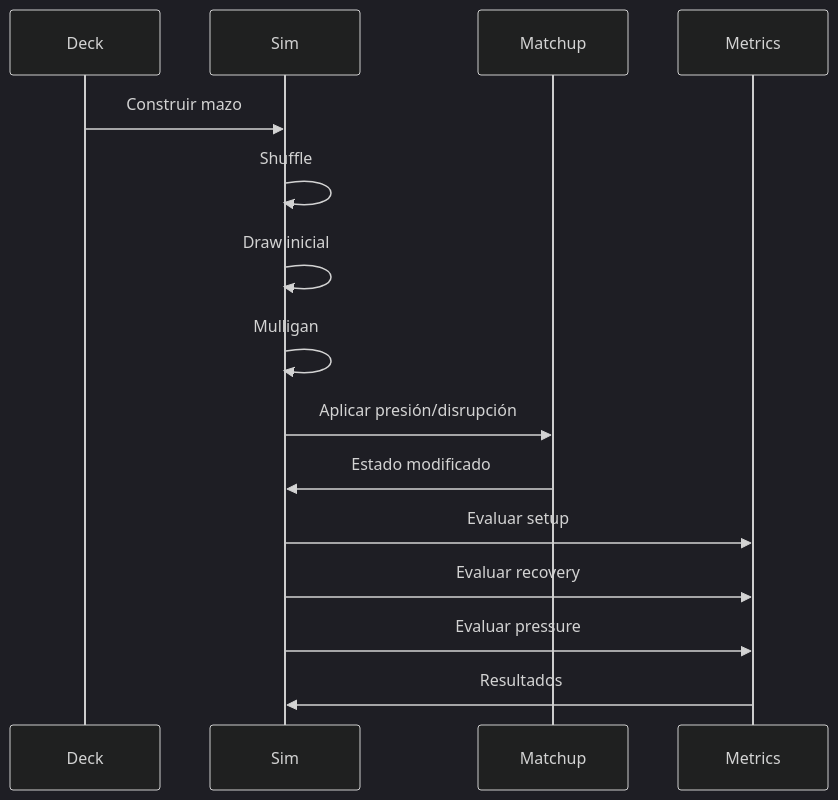
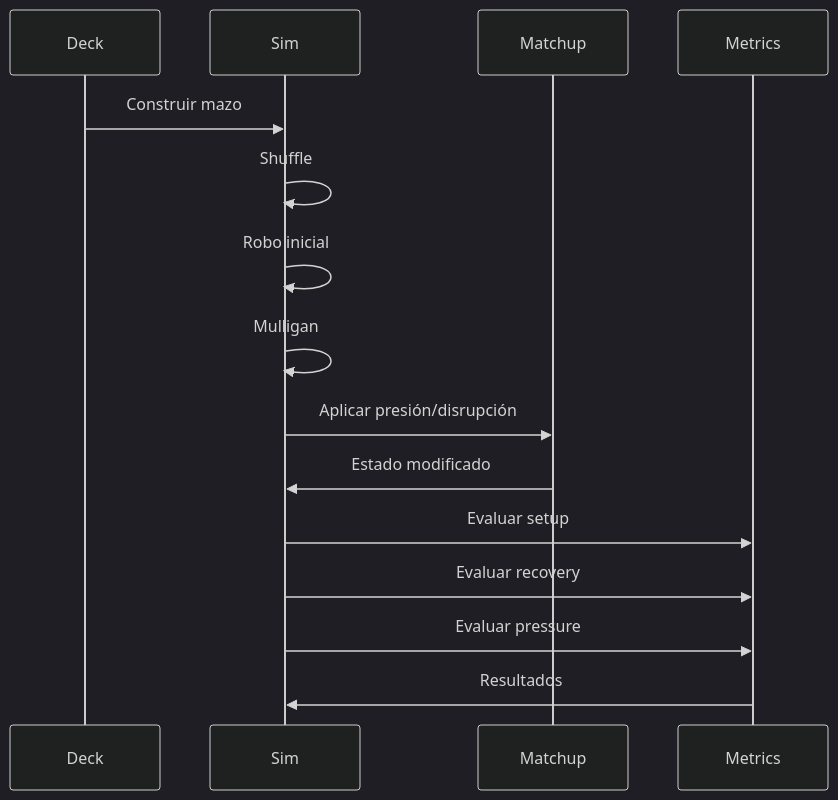
Before and after one commit to sdg1309/SimulacionPTCG: the second of 4 diagrams in README.md, drawn with Mermaid (dark theme). The commit also changed other lines of this file, not shown here.

````diff
--- a/README.md
+++ b/README.md
@@ -86,22 +86,22 @@
 ```mermaid
 sequenceDiagram
 
     participant Deck
     participant Sim
     participant Matchup
     participant Metrics
 
     Deck->>Sim: Construir mazo
     Sim->>Sim: Shuffle
-    Sim->>Sim: Draw inicial
+    Sim->>Sim: Robo inicial
     Sim->>Sim: Mulligan
 
     Sim->>Matchup: Aplicar presión/disrupción
     Matchup->>Sim: Estado modificado
 
     Sim->>Metrics: Evaluar setup
     Sim->>Metrics: Evaluar recovery
     Sim->>Metrics: Evaluar pressure
 
     Metrics->>Sim: Resultados
 ```
````
